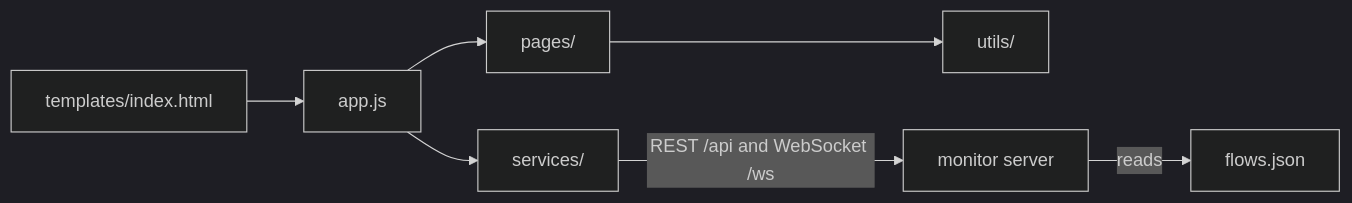
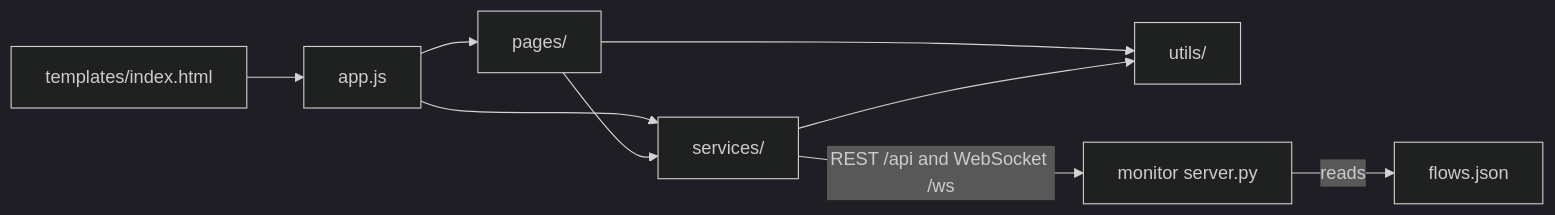
One commit to NikolasMarkou/fsm_llm changed the diagram in src/fsm_llm/monitor/static/README.md. Above: the diagram before and after it, drawn with Mermaid (dark theme). The commit also changed other lines of this file and 49 other files, not shown here.

````diff
--- a/src/fsm_llm/monitor/static/README.md
+++ b/src/fsm_llm/monitor/static/README.md
@@ -11,9 +11,11 @@
 ```mermaid
 flowchart LR
     HTML[templates/index.html] --> App[app.js]
     App --> Pages[pages/]
     App --> Services[services/]
+    Pages --> Services
     Pages --> Utils[utils/]
-    Services -- REST /api and WebSocket /ws --> Server[monitor server]
+    Services --> Utils
+    Services -- REST /api and WebSocket /ws --> Server[monitor server.py]
     Server -- reads --> Flows[flows.json]
 ```
````
